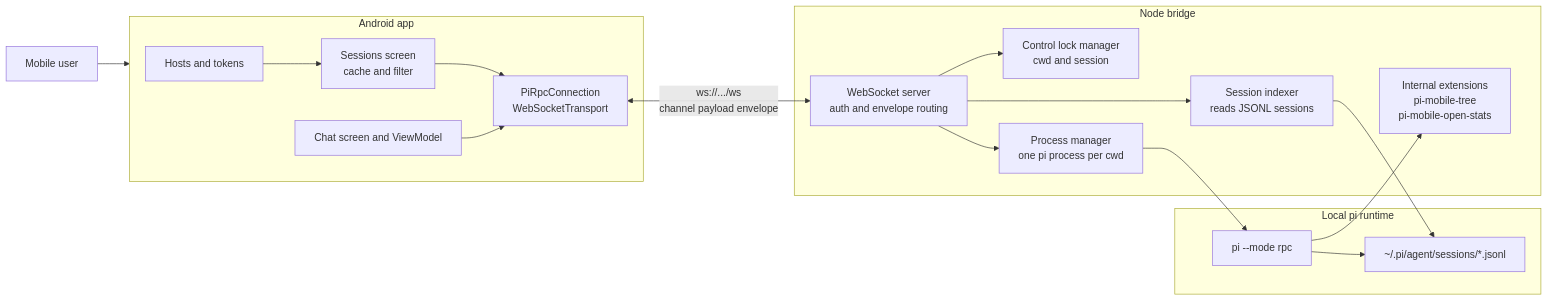
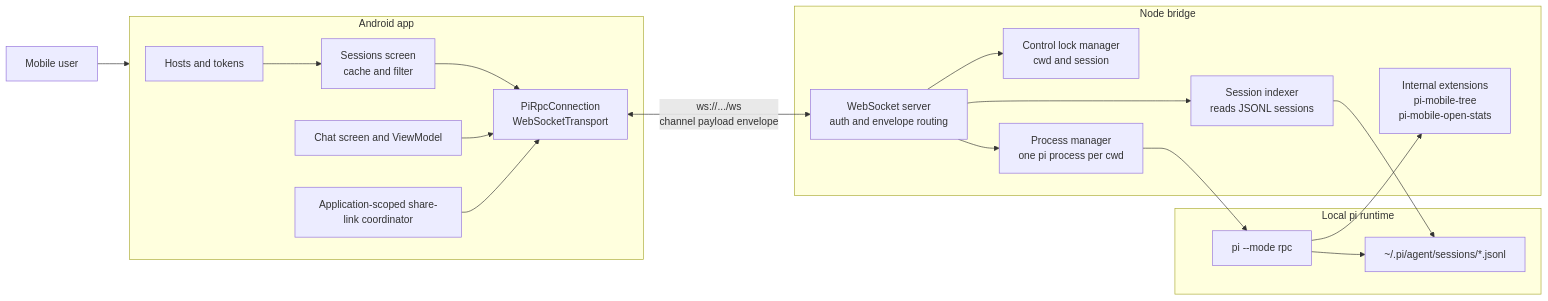
One commit to GuoZhenKuang/pipilot changed the first of 5 diagrams in docs/architecture.md. Above: the diagram before and after it, drawn with Mermaid. The commit also changed other lines of this file and 40 other files, not shown here.

````diff
--- a/docs/architecture.md
+++ b/docs/architecture.md
@@ -7,39 +7,41 @@
 ```mermaid
 flowchart LR
     User["Mobile user"]
 
     subgraph Android["Android app"]
       Hosts["Hosts and tokens"]
+      ShareCoordinator["Application-scoped share-link coordinator"]
       Sessions["Sessions screen<br/>cache and filter"]
       Chat["Chat screen and ViewModel"]
       Net["PiRpcConnection<br/>WebSocketTransport"]
     end
 
     subgraph Bridge["Node bridge"]
       WS["WebSocket server<br/>auth and envelope routing"]
       Locks["Control lock manager<br/>cwd and session"]
       PM["Process manager<br/>one pi process per cwd"]
       Indexer["Session indexer<br/>reads JSONL sessions"]
       Ext["Internal extensions<br/>pi-mobile-tree<br/>pi-mobile-open-stats"]
     end
 
     subgraph Laptop["Local pi runtime"]
       Pi["pi --mode rpc"]
       Files["~/.pi/agent/sessions/*.jsonl"]
     end
 
     User --> Android
     Hosts --> Sessions
     Sessions --> Net
     Chat --> Net
+    ShareCoordinator --> Net
 
     Net <-->|ws://.../ws<br/>channel payload envelope| WS
     WS --> Locks
     WS --> PM
     WS --> Indexer
 
     PM --> Pi
     Pi --> Ext
     Indexer --> Files
     Pi --> Files
 ```
````
